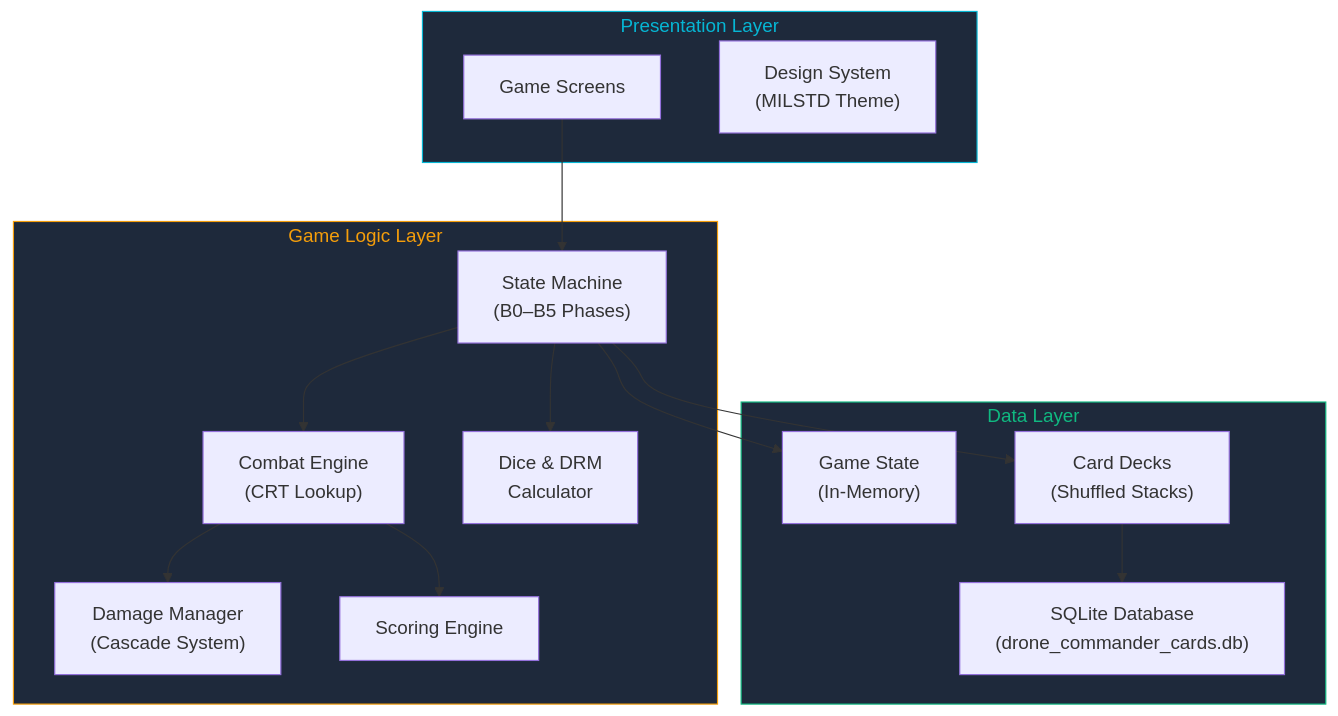
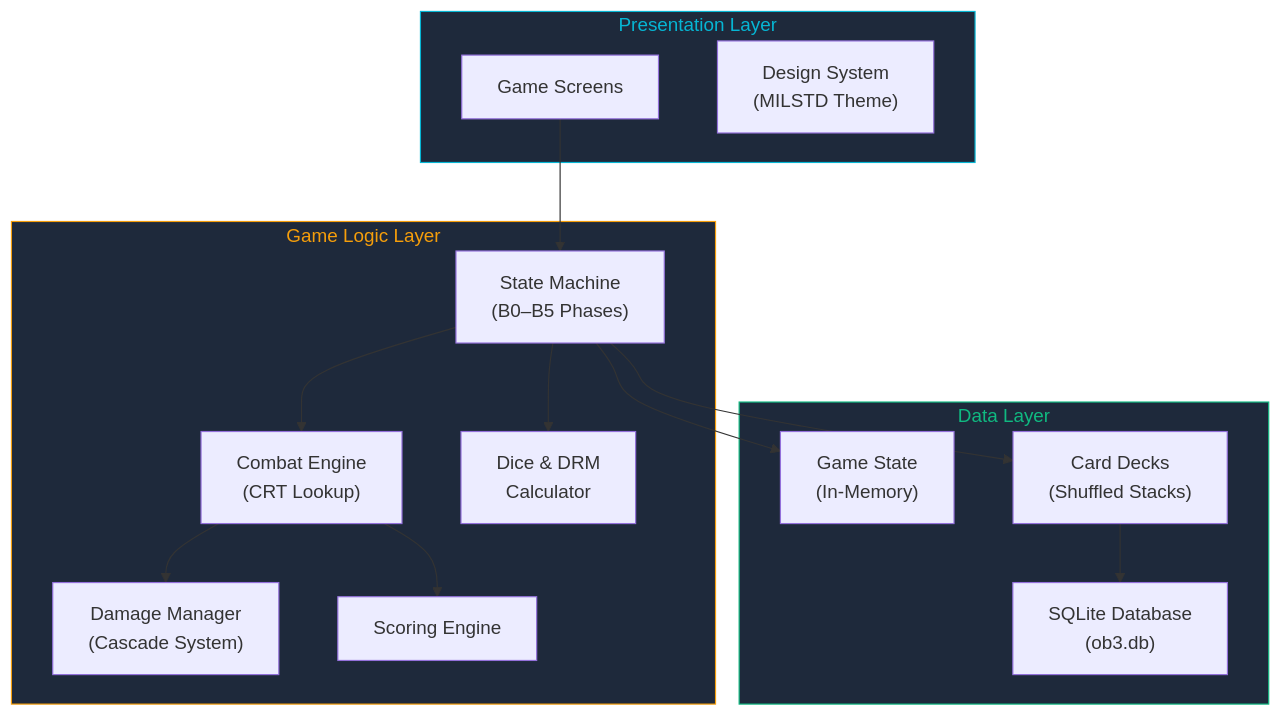
One commit to oaltinyay70-cell/OB3 changed the first of 4 diagrams in ARCHITECTURE.md. Above: the diagram before and after it, drawn with Mermaid. The commit also changed other lines of this file and 16 other files, not shown here.

````diff
--- a/ARCHITECTURE.md
+++ b/ARCHITECTURE.md
@@ -9,34 +9,34 @@
 ```mermaid
 graph TB
     subgraph Presentation["Presentation Layer"]
         UI["Game Screens"]
         DS["Design System<br/>(MILSTD Theme)"]
     end
 
     subgraph Logic["Game Logic Layer"]
         SM["State Machine<br/>(B0–B5 Phases)"]
         CE["Combat Engine<br/>(CRT Lookup)"]
         DC["Dice & DRM<br/>Calculator"]
         DM["Damage Manager<br/>(Cascade System)"]
         SC["Scoring Engine"]
     end
 
     subgraph Data["Data Layer"]
-        DB["SQLite Database<br/>(drone_commander_cards.db)"]
+        DB["SQLite Database<br/>(ob3.db)"]
         GS["Game State<br/>(In-Memory)"]
         CD["Card Decks<br/>(Shuffled Stacks)"]
     end
 
     UI --> SM
     SM --> CE
     SM --> DC
     CE --> DM
     CE --> SC
     SM --> CD
     CD --> DB
     SM --> GS
 
     style Presentation fill:#1e293b,color:#06b6d4,stroke:#06b6d4
     style Logic fill:#1e293b,color:#f59e0b,stroke:#f59e0b
     style Data fill:#1e293b,color:#10b981,stroke:#10b981
 ```
````
